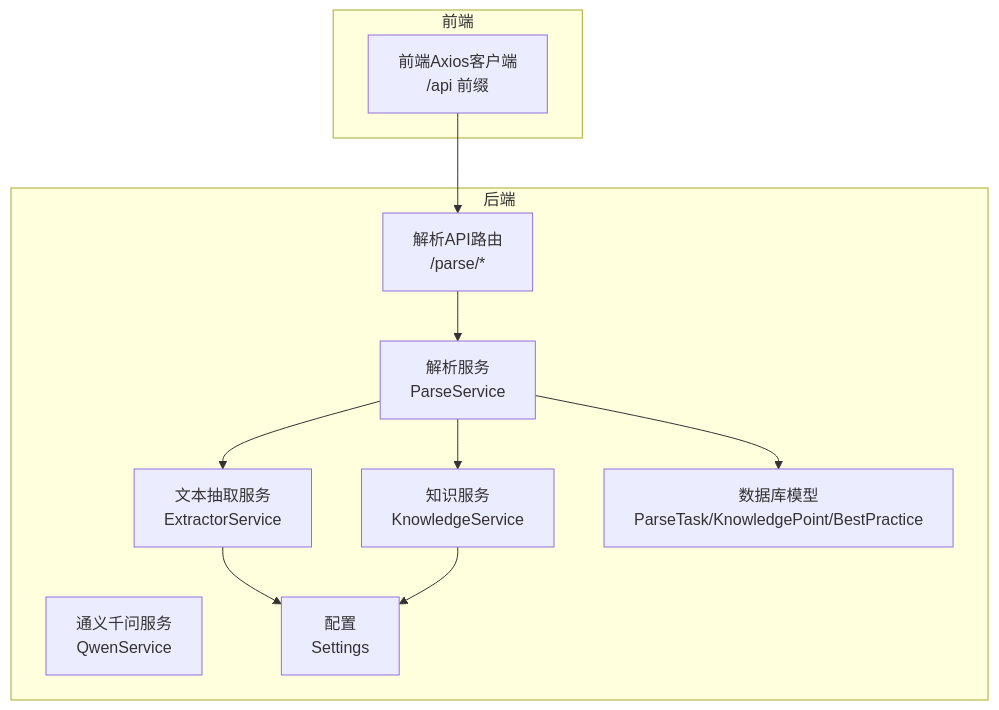
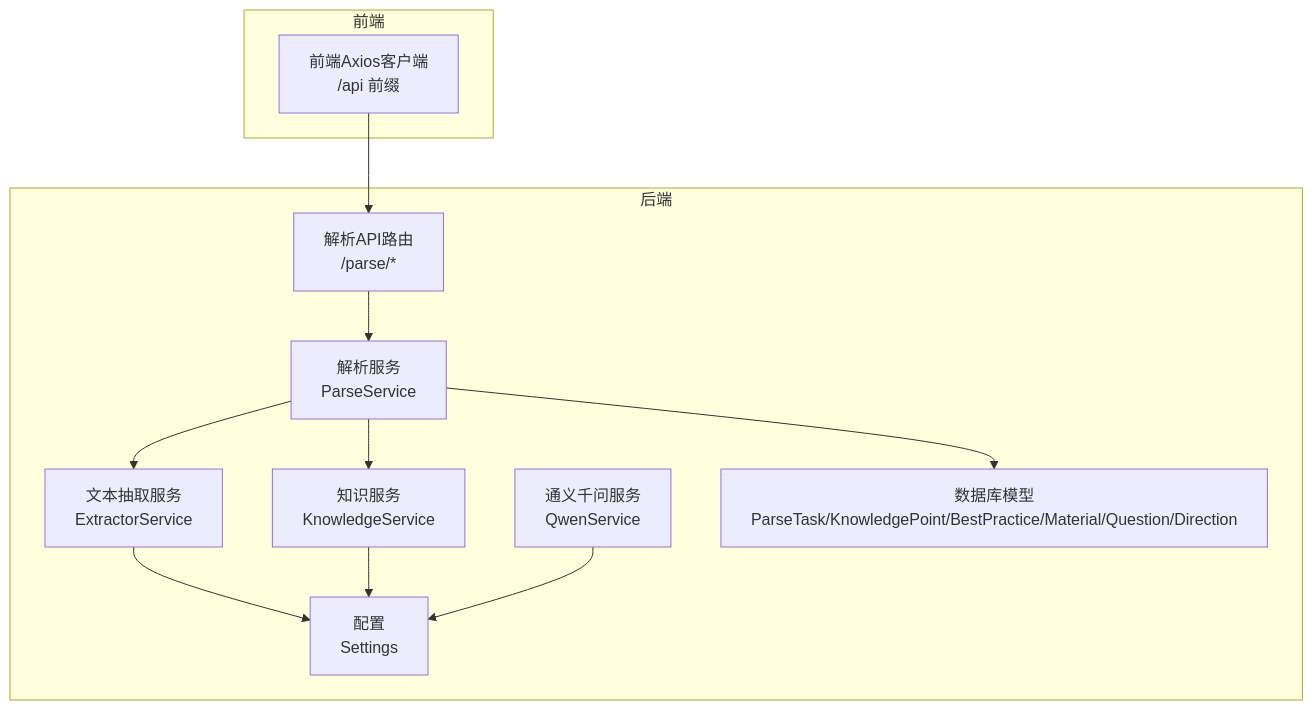
One commit to zhiwenli-jack/personal-learning-manager changed the first of 5 diagrams in .qoder/repowiki/zh/content/后端API文档/内容解析API.md. Above: the diagram before and after it, drawn with Mermaid. The commit also changed other lines of this file and 20 other files, not shown here.

````diff
--- a/.qoder/repowiki/zh/content/后端API文档/内容解析API.md
+++ b/.qoder/repowiki/zh/content/后端API文档/内容解析API.md
@@ -50,22 +52,23 @@
 ```mermaid
 graph TB
 subgraph "前端"
 FE["前端Axios客户端<br/>/api 前缀"]
 end
 subgraph "后端"
 API["解析API路由<br/>/parse/*"]
 PS["解析服务<br/>ParseService"]
 ES["文本抽取服务<br/>ExtractorService"]
 KS["知识服务<br/>KnowledgeService"]
 QW["通义千问服务<br/>QwenService"]
-DB["数据库模型<br/>ParseTask/KnowledgePoint/BestPractice"]
+DB["数据库模型<br/>ParseTask/KnowledgePoint/BestPractice/Material/Question/Direction"]
 CFG["配置<br/>Settings"]
 end
 FE --> API
 API --> PS
 PS --> ES
 PS --> KS
 PS --> DB
 ES --> CFG
 KS --> CFG
+QW --> CFG
 ```
````
